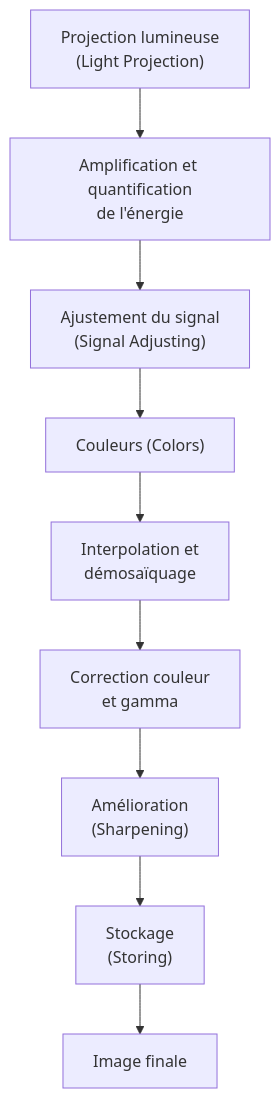
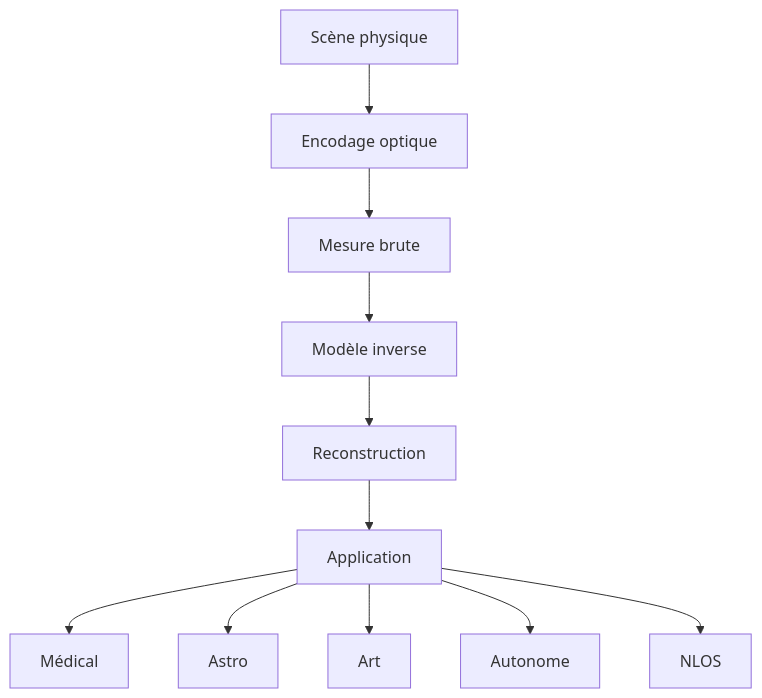
One commit to Arkanthara/computational_imaging changed the diagram in website/fr/ch1c.qmd. Above: the diagram before and after it, drawn with Mermaid. The commit also changed other lines of this file and 11 other files, not shown here.

````diff
--- a/website/fr/ch1c.qmd
+++ b/website/fr/ch1c.qmd
@@ -224,14 +13,13 @@
 ```{mermaid}
 flowchart TD
-    A["Projection lumineuse\n(Light Projection)"]
-    B["Amplification et quantification\nde l'énergie"]
-    C["Ajustement du signal\n(Signal Adjusting)"]
-    D["Couleurs (Colors)"]
-    E["Interpolation et\ndémosaïquage"]
-    F["Correction couleur\net gamma"]
-    G["Amélioration\n(Sharpening)"]
-    H["Stockage\n(Storing)"]
-    I["Image finale"]
-
-    A --> B --> C --> D --> E --> F --> G --> H --> I
+    A["Scène physique"] --> B["Encodage optique"]
+    B --> C["Mesure brute"]
+    C --> D["Modèle inverse"]
+    D --> E["Reconstruction"]
+    E --> F["Application"]
+    F --> G["Médical"]
+    F --> H["Astro"]
+    F --> I["Art"]
+    F --> J["Autonome"]
+    F --> K["NLOS"]
 ```
````
